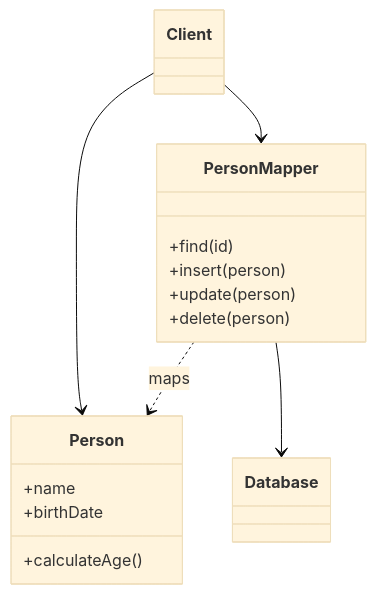
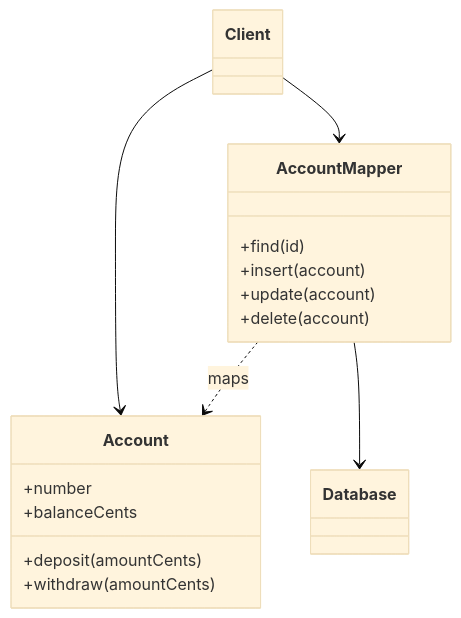
Before and after one commit to alancesar/design-patterns: the diagram in docs/design/poeaa/data-source-architectural/data-mapper.md, drawn with Mermaid (base theme). The commit also changed other lines of this file and 95 other files, not shown here.

First line of the commit message:
Switch PoEAA examples and diagrams to fintech scenarios

````diff
--- a/docs/design/poeaa/data-source-architectural/data-mapper.md
+++ b/docs/design/poeaa/data-source-architectural/data-mapper.md
@@ -58,20 +58,21 @@
 ```mermaid
 classDiagram
     class Client
-    class Person {
-        +name
-        +birthDate
-        +calculateAge()
+    class Account {
+        +number
+        +balanceCents
+        +deposit(amountCents)
+        +withdraw(amountCents)
     }
-    class PersonMapper {
+    class AccountMapper {
         +find(id)
-        +insert(person)
-        +update(person)
-        +delete(person)
+        +insert(account)
+        +update(account)
+        +delete(account)
     }
     class Database
-    Client --> PersonMapper
-    Client --> Person
-    PersonMapper ..> Person : maps
-    PersonMapper --> Database
+    Client --> AccountMapper
+    Client --> Account
+    AccountMapper ..> Account : maps
+    AccountMapper --> Database
 ```
````
